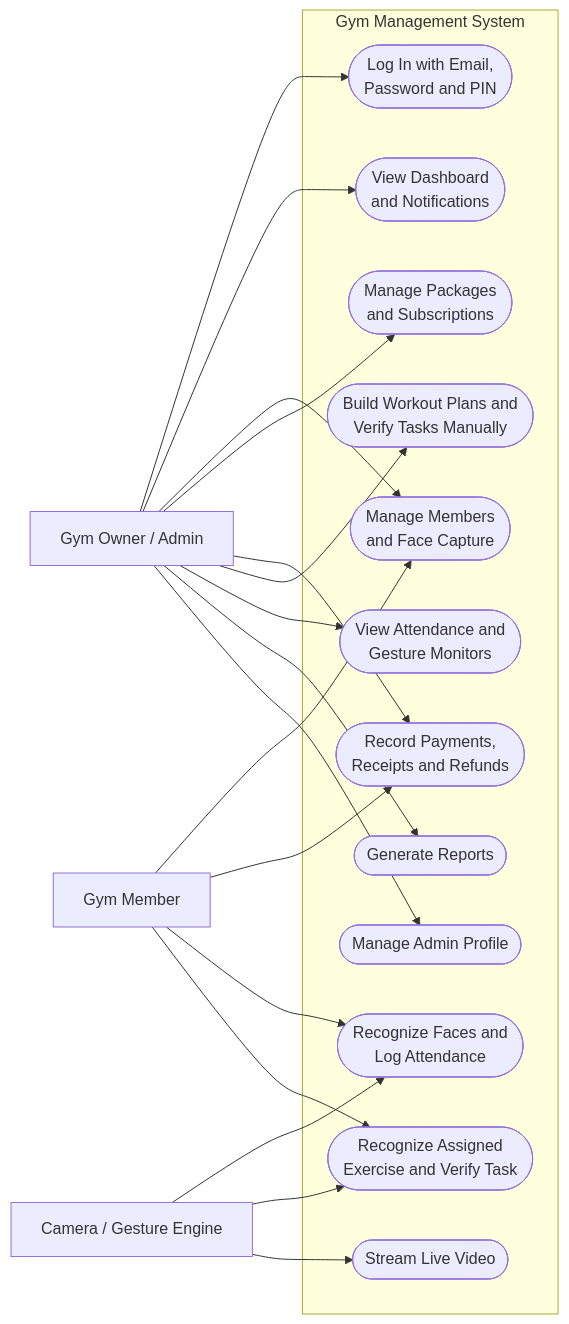
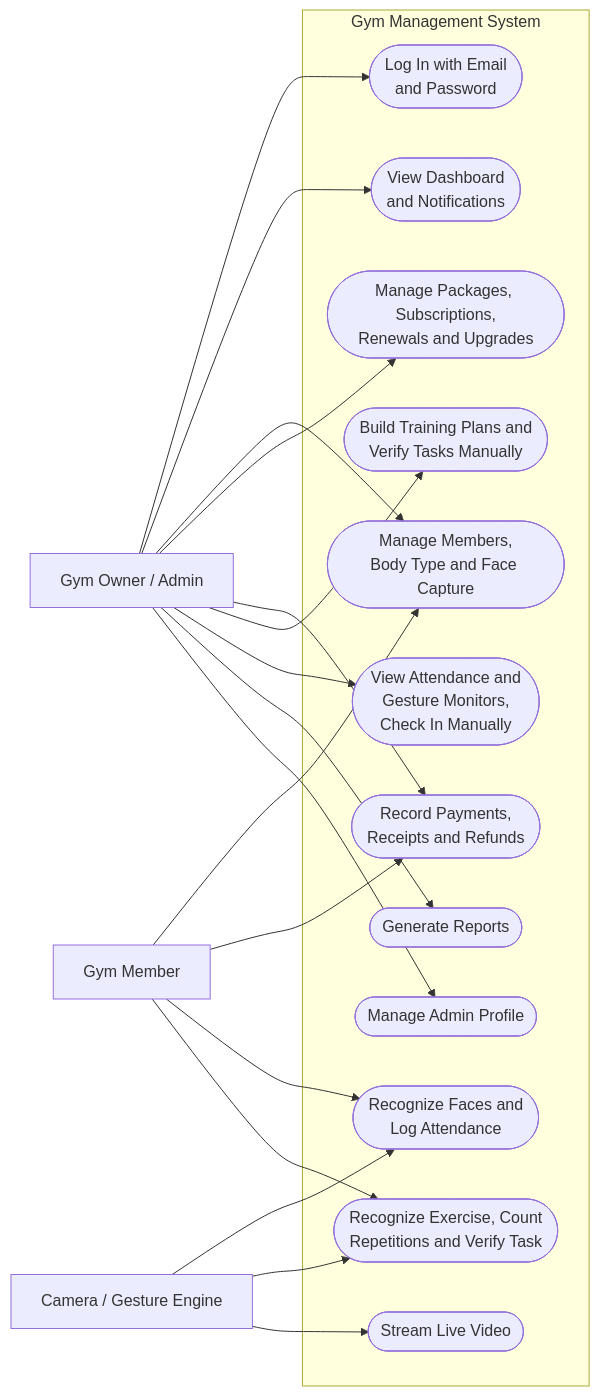
The fourth of 7 diagrams in DOCUMENTATION/Product Requirements Documents/System diagrams/System Diagrams.md (Plonteras191/GYM2-CAPSTONE), drawn with Mermaid before and after one commit. The commit also changed other lines of this file and 3 other files, not shown here.

First line of the commit message:
docs(prd): update architecture, database, system diagrams and user technical documentation to v2.0

````diff
--- a/DOCUMENTATION/Product Requirements Documents/System diagrams/System Diagrams.md
+++ b/DOCUMENTATION/Product Requirements Documents/System diagrams/System Diagrams.md
@@ -207,40 +219,40 @@
 ```mermaid
 flowchart LR
     Admin["Gym Owner / Admin"]
     Camera["Camera / Gesture Engine"]
     Member["Gym Member"]
 
     subgraph Boundary ["Gym Management System"]
-        UC1(["Log In with Email,<br/>Password and PIN"])
+        UC1(["Log In with Email<br/>and Password"])
         UC2(["View Dashboard<br/>and Notifications"])
-        UC3(["Manage Members<br/>and Face Capture"])
-        UC4(["Manage Packages<br/>and Subscriptions"])
+        UC3(["Manage Members,<br/>Body Type and Face Capture"])
+        UC4(["Manage Packages, Subscriptions,<br/>Renewals and Upgrades"])
         UC5(["Record Payments,<br/>Receipts and Refunds"])
-        UC6(["Build Workout Plans and<br/>Verify Tasks Manually"])
-        UC7(["View Attendance and<br/>Gesture Monitors"])
+        UC6(["Build Training Plans and<br/>Verify Tasks Manually"])
+        UC7(["View Attendance and<br/>Gesture Monitors,<br/>Check In Manually"])
         UC8(["Generate Reports"])
         UC9(["Manage Admin Profile"])
         UC10(["Recognize Faces and<br/>Log Attendance"])
-        UC11(["Recognize Assigned<br/>Exercise and Verify Task"])
+        UC11(["Recognize Exercise, Count<br/>Repetitions and Verify Task"])
         UC12(["Stream Live Video"])
     end
 
     Admin --> UC1
     Admin --> UC2
     Admin --> UC3
     Admin --> UC4
     Admin --> UC5
     Admin --> UC6
     Admin --> UC7
     Admin --> UC8
     Admin --> UC9
 
     Camera --> UC10
     Camera --> UC11
     Camera --> UC12
 
     Member --> UC3
     Member --> UC5
     Member --> UC10
     Member --> UC11
 ```
````
